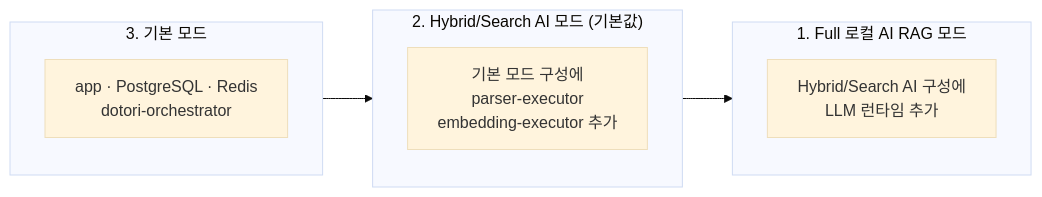
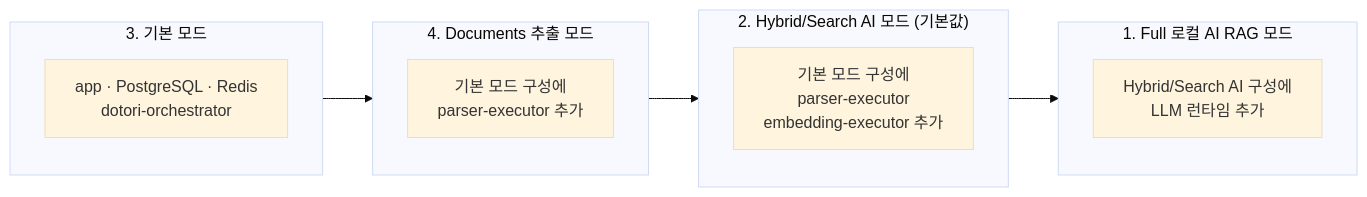
The fifth of 5 diagrams in dotori-docs/overview/how-it-works.md (smallwanderer/dotori), drawn with Mermaid (base theme) before and after one commit. The commit also changed other lines of this file and 8 other files, not shown here.

````diff
--- a/dotori-docs/overview/how-it-works.md
+++ b/dotori-docs/overview/how-it-works.md
@@ -97,13 +97,16 @@
 ```mermaid
 flowchart LR
     subgraph B["3. 기본 모드"]
         B1["app · PostgreSQL · Redis<br/>dotori-orchestrator"]
     end
     subgraph S["2. Hybrid/Search AI 모드 (기본값)"]
         S1["기본 모드 구성에<br/>parser-executor<br/>embedding-executor 추가"]
     end
     subgraph R["1. Full 로컬 AI RAG 모드"]
         R1["Hybrid/Search AI 구성에<br/>LLM 런타임 추가"]
     end
-    B --> S --> R
+    subgraph X["4. Documents 추출 모드"]
+        X1["기본 모드 구성에<br/>parser-executor 추가"]
+    end
+    B --> X --> S --> R
 ```
````
